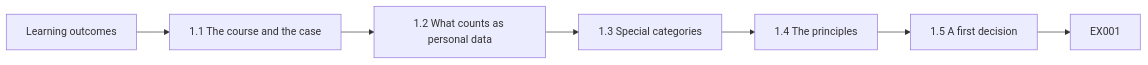
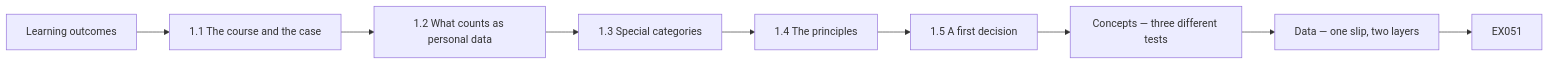
Before and after one commit to hiagokinlevi/CyKin: the second of 12 diagrams in levels/rapid-1-month/privacy-data-protection/en/book/MANUSCRIPT.md, drawn with Mermaid. The commit also changed other lines of this file and 1 other file, not shown here.

````diff
--- a/levels/rapid-1-month/privacy-data-protection/en/book/MANUSCRIPT.md
+++ b/levels/rapid-1-month/privacy-data-protection/en/book/MANUSCRIPT.md
@@ -60,10 +62,12 @@
 ```mermaid
 flowchart LR
   N0["Learning outcomes"]
   N1["1.1 The course and the case"]
   N2["1.2 What counts as personal data"]
   N3["1.3 Special categories"]
   N4["1.4 The principles"]
   N5["1.5 A first decision"]
-  N0 --> N1 --> N2 --> N3 --> N4 --> N5 --> Q["EX001"]
+  N6["Concepts — three different tests"]
+  N7["Data — one slip, two layers"]
+  N0 --> N1 --> N2 --> N3 --> N4 --> N5 --> N6 --> N7 --> Q["EX051"]
 ```
````
